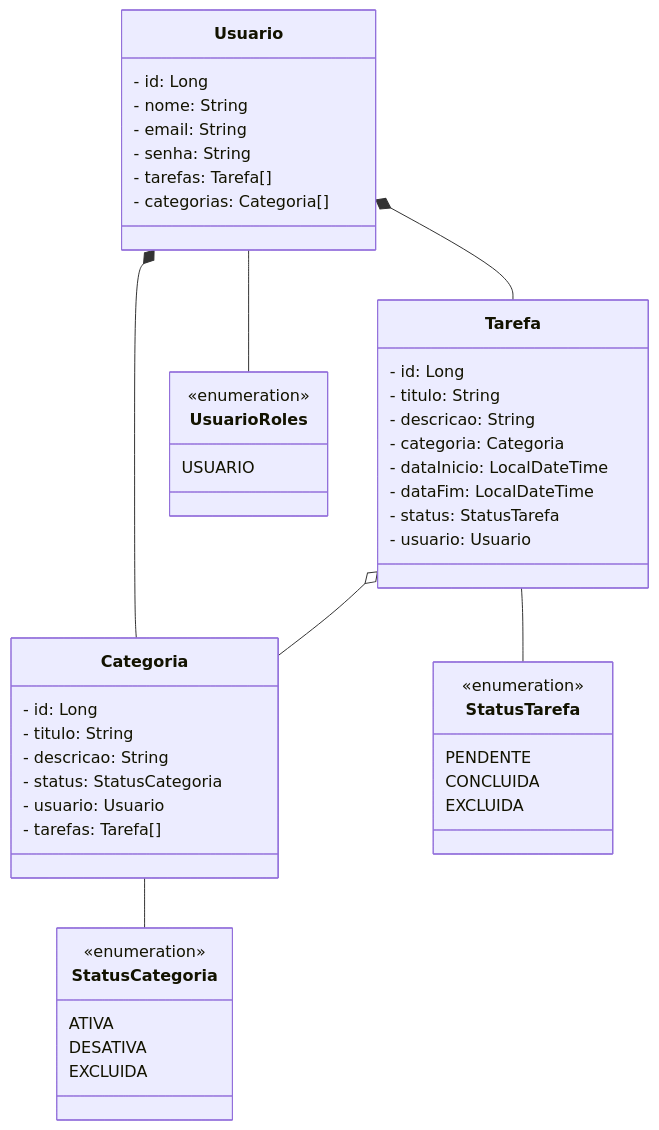
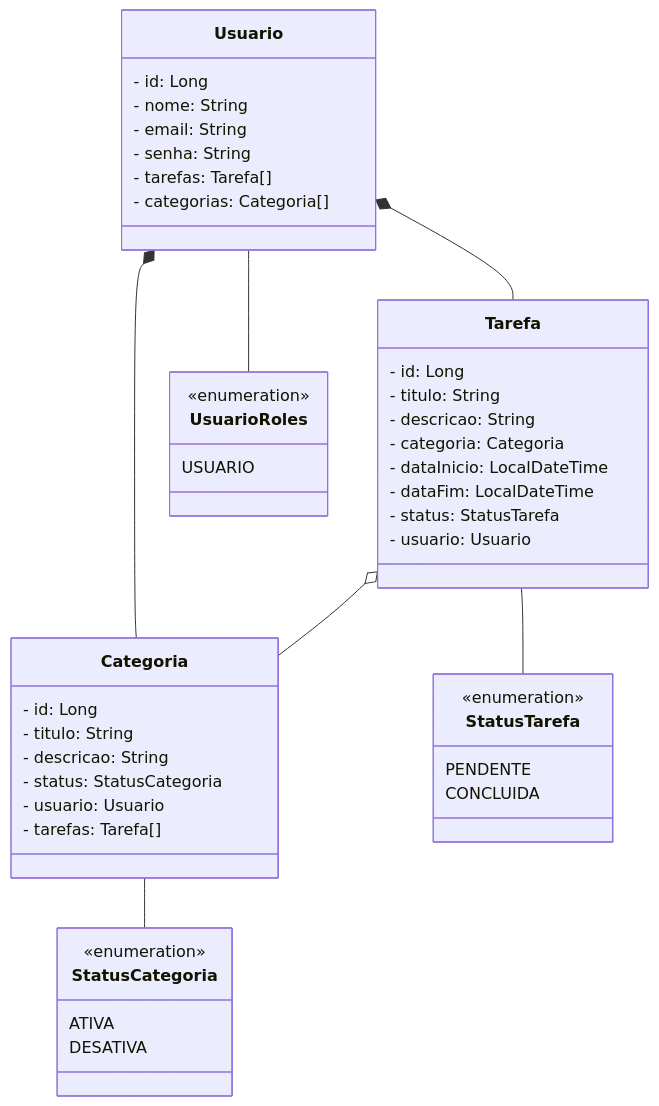
One commit to SamuMeneDev/todolist changed the diagram in apps/api/README.md. Above: the diagram before and after it, drawn with Mermaid.

Commit message:
Remove 'EXCLUIDA' from status enumerations

````diff
--- a/apps/api/README.md
+++ b/apps/api/README.md
@@ -9,56 +9,54 @@
 ```mermaid
 
 classDiagram
     class Usuario {
         - id: Long
         - nome: String
         - email: String
         - senha: String
         - tarefas: Tarefa[]
         - categorias: Categoria[]
         
     }
     Usuario *-- Tarefa
     Usuario *-- Categoria
     Usuario -- UsuarioRoles
     
     class Tarefa {
         - id: Long
         - titulo: String
         - descricao: String
         - categoria: Categoria
         - dataInicio: LocalDateTime
         - dataFim: LocalDateTime
         - status: StatusTarefa
         - usuario: Usuario
      }
     Tarefa o-- Categoria
     Tarefa -- StatusTarefa
      
      class Categoria {
          - id: Long
          - titulo: String
          - descricao: String
          - status: StatusCategoria
          - usuario: Usuario
          - tarefas: Tarefa[]
      }
     Categoria -- StatusCategoria
     
      class UsuarioRoles {
          <<enumeration>>
          USUARIO
      }
      class StatusTarefa {
         <<enumeration>>
         PENDENTE
         CONCLUIDA
-        EXCLUIDA
      }
     class StatusCategoria {
         <<enumeration>>
         ATIVA
         DESATIVA
-        EXCLUIDA
      }
 ```
````
